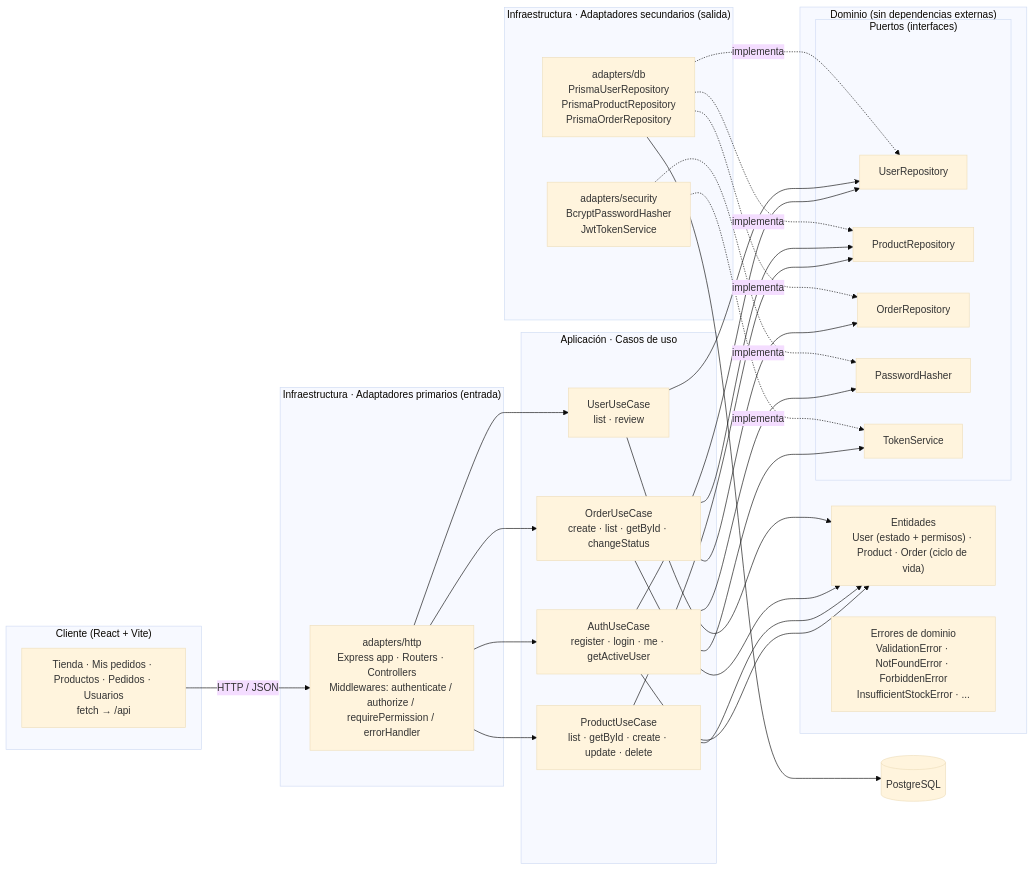
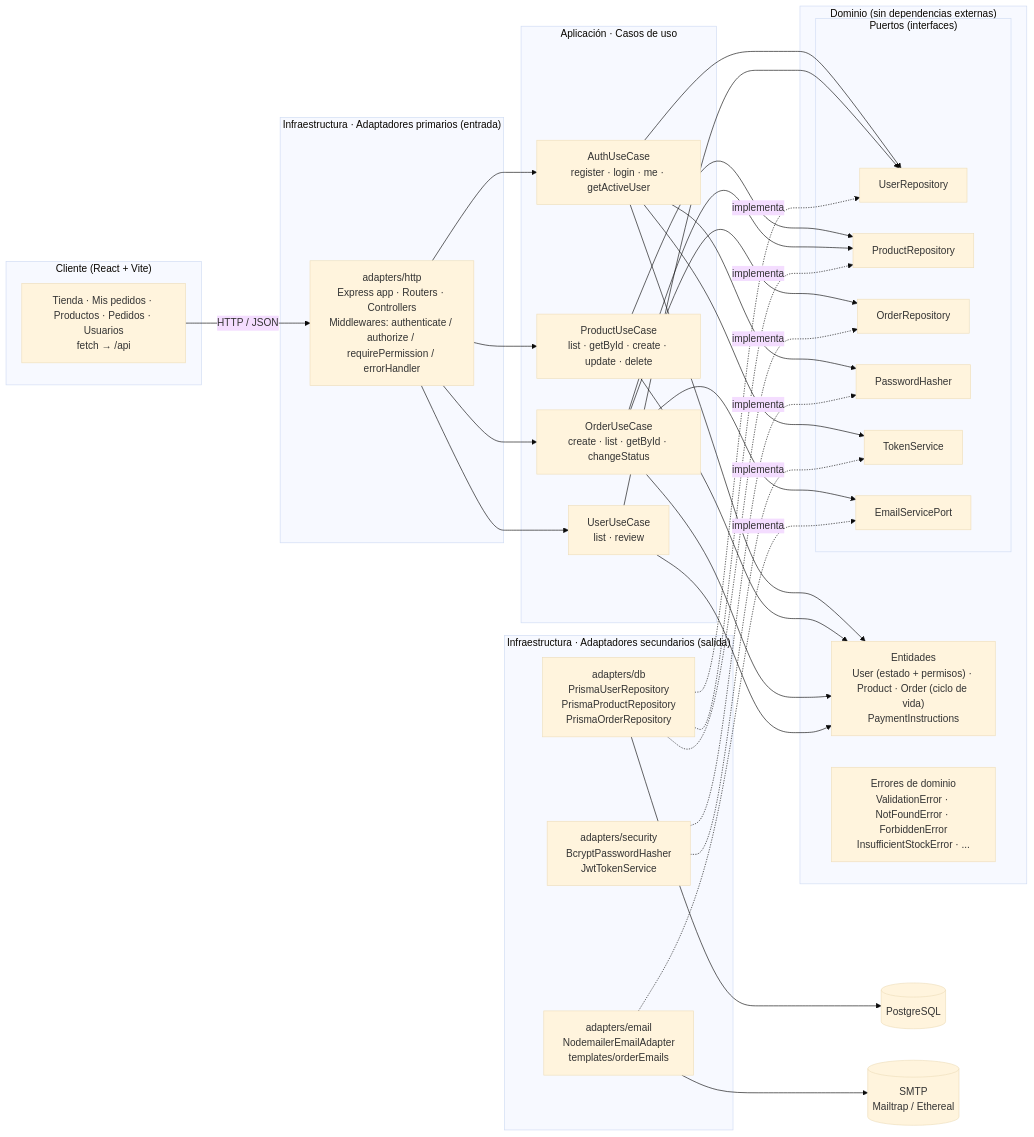
One commit to Rorre12/ecommerce-practica changed the diagram in README.md. Above: the diagram before and after it, drawn with Mermaid (base theme). The commit also changed other lines of this file and 23 other files, not shown here.

First line of the commit message:
feat: notificaciones de pedido por correo con puerto EmailServicePort y adaptador Nodemailer

````diff
--- a/README.md
+++ b/README.md
@@ -30,47 +30,52 @@
 ```mermaid
 flowchart LR
     subgraph CLIENT["Cliente (React + Vite)"]
         UI["Tienda · Mis pedidos · Productos · Pedidos · Usuarios<br/>fetch → /api"]
     end
 
     subgraph INFRA_IN["Infraestructura · Adaptadores primarios (entrada)"]
         HTTP["adapters/http<br/>Express app · Routers · Controllers<br/>Middlewares: authenticate / authorize / requirePermission / errorHandler"]
     end
 
     subgraph APP["Aplicación · Casos de uso"]
         AUTH_UC["AuthUseCase<br/>register · login · me · getActiveUser"]
         PROD_UC["ProductUseCase<br/>list · getById · create · update · delete"]
         ORD_UC["OrderUseCase<br/>create · list · getById · changeStatus"]
         USR_UC["UserUseCase<br/>list · review"]
     end
 
     subgraph DOMAIN["Dominio (sin dependencias externas)"]
-        ENT["Entidades<br/>User (estado + permisos) · Product · Order (ciclo de vida)"]
+        ENT["Entidades<br/>User (estado + permisos) · Product · Order (ciclo de vida)<br/>PaymentInstructions"]
         ERR["Errores de dominio<br/>ValidationError · NotFoundError · ForbiddenError<br/>InsufficientStockError · ..."]
         subgraph PORTS["Puertos (interfaces)"]
             P_USER["UserRepository"]
             P_PROD["ProductRepository"]
             P_ORD["OrderRepository"]
             P_HASH["PasswordHasher"]
             P_TOKEN["TokenService"]
+            P_MAIL["EmailServicePort"]
         end
     end
 
     subgraph INFRA_OUT["Infraestructura · Adaptadores secundarios (salida)"]
         DB["adapters/db<br/>PrismaUserRepository<br/>PrismaProductRepository<br/>PrismaOrderRepository"]
         SEC["adapters/security<br/>BcryptPasswordHasher<br/>JwtTokenService"]
+        MAIL["adapters/email<br/>NodemailerEmailAdapter<br/>templates/orderEmails"]
     end
 
     PG[("PostgreSQL")]
+    SMTP[("SMTP<br/>Mailtrap / Ethereal")]
 
     UI -- "HTTP / JSON" --> HTTP
     HTTP --> AUTH_UC & PROD_UC & ORD_UC & USR_UC
     AUTH_UC & PROD_UC & ORD_UC & USR_UC --> ENT
     AUTH_UC --> P_USER & P_HASH & P_TOKEN
     USR_UC --> P_USER
     PROD_UC --> P_PROD
-    ORD_UC --> P_ORD & P_PROD
+    ORD_UC --> P_ORD & P_PROD & P_MAIL
     DB -. implementa .-> P_USER & P_PROD & P_ORD
     SEC -. implementa .-> P_HASH & P_TOKEN
+    MAIL -. implementa .-> P_MAIL
     DB --> PG
+    MAIL --> SMTP
 ```
````
